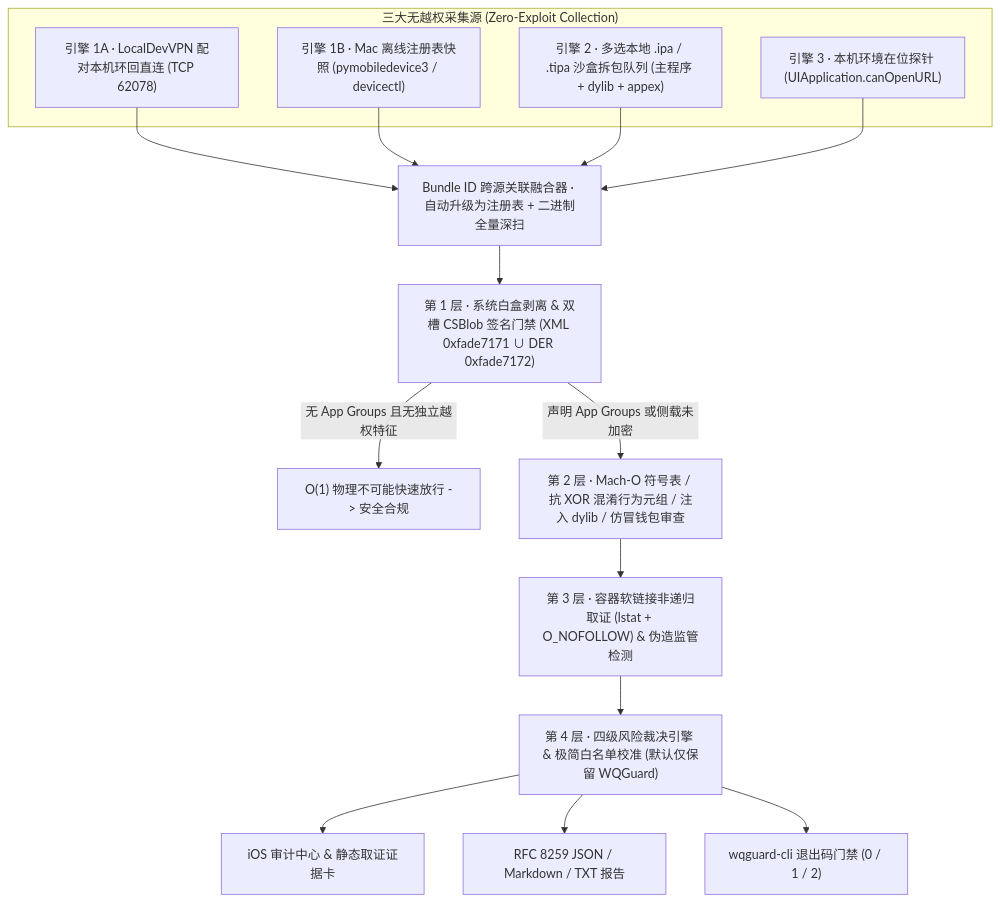
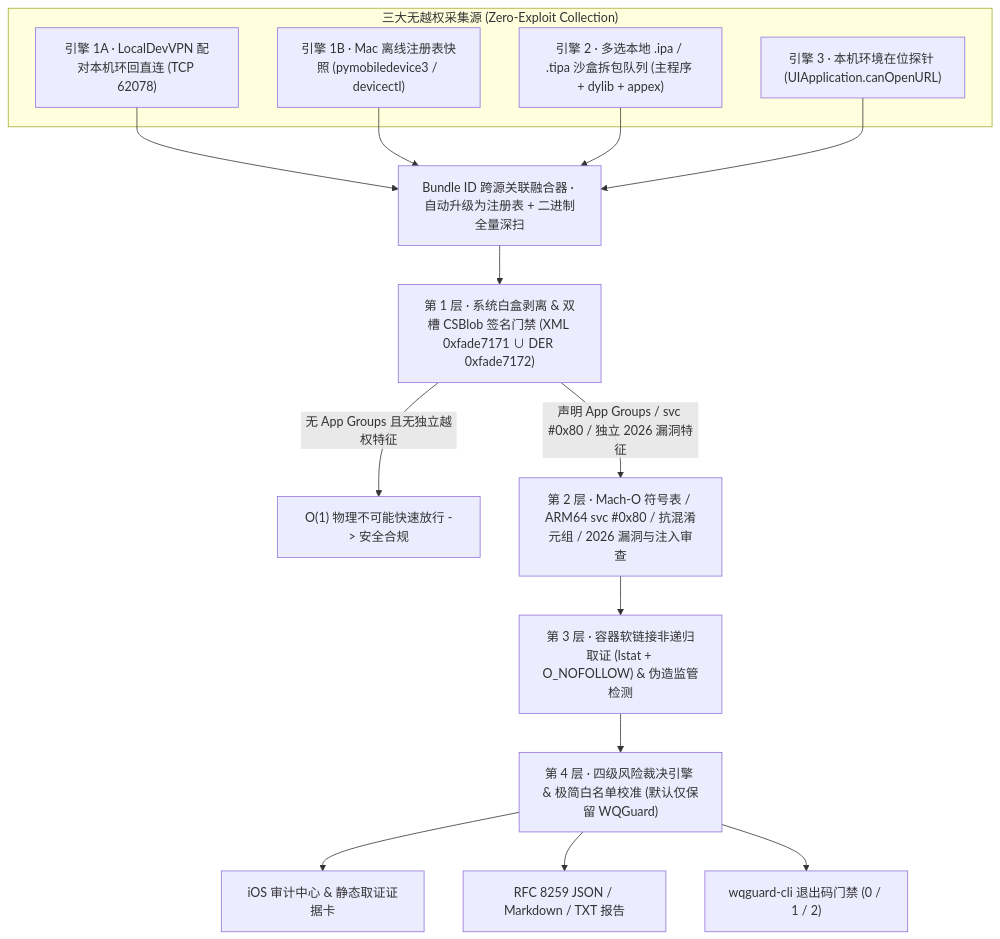
One commit to Kianuni/WQGuard changed the diagram in README.md. Above: the diagram before and after it, drawn with Mermaid. The commit also changed other lines of this file and 33 other files, not shown here.

Commit message:
feat(v1.3.0): add ARM64 svc #0x80 scanner, 2026 exploit signatures, 13-CVE radar & 3x red-team suites

````diff
--- a/README.md
+++ b/README.md
@@ -64,24 +64,24 @@
 ```mermaid
 flowchart TD
     subgraph Sources["三大无越权采集源 (Zero-Exploit Collection)"]
         E1A["引擎 1A · LocalDevVPN 配对本机环回直连 (TCP 62078)"]
         E1B["引擎 1B · Mac 离线注册表快照 (pymobiledevice3 / devicectl)"]
         E2["引擎 2 · 多选本地 .ipa / .tipa 沙盒拆包队列 (主程序 + dylib + appex)"]
         E3["引擎 3 · 本机环境在位探针 (UIApplication.canOpenURL)"]
     end
 
     E1A --> CORR["Bundle ID 跨源关联融合器 · 自动升级为注册表 + 二进制全量深扫"]
     E1B --> CORR
     E2 --> CORR
     E3 --> CORR
 
     CORR --> L1["第 1 层 · 系统白盒剥离 & 双槽 CSBlob 签名门禁 (XML 0xfade7171 ∪ DER 0xfade7172)"]
     L1 -->|"无 App Groups 且无独立越权特征"| SAFE_FAST["O(1) 物理不可能快速放行 -> 安全合规"]
-    L1 -->|"声明 App Groups 或侧载未加密"| L2["第 2 层 · Mach-O 符号表 / 抗 XOR 混淆行为元组 / 注入 dylib / 仿冒钱包审查"]
+    L1 -->|"声明 App Groups / svc #0x80 / 独立 2026 漏洞特征"| L2["第 2 层 · Mach-O 符号表 / ARM64 svc #0x80 / 抗混淆元组 / 2026 漏洞与注入审查"]
     L2 --> L3["第 3 层 · 容器软链接非递归取证 (lstat + O_NOFOLLOW) & 伪造监管检测"]
     L3 --> L4["第 4 层 · 四级风险裁决引擎 & 极简白名单校准 (默认仅保留 WQGuard)"]
 
     L4 --> OUT_UI["iOS 审计中心 & 静态取证证据卡"]
     L4 --> OUT_RPT["RFC 8259 JSON / Markdown / TXT 报告"]
     L4 --> OUT_CLI["wqguard-cli 退出码门禁 (0 / 1 / 2)"]
 ```
````
